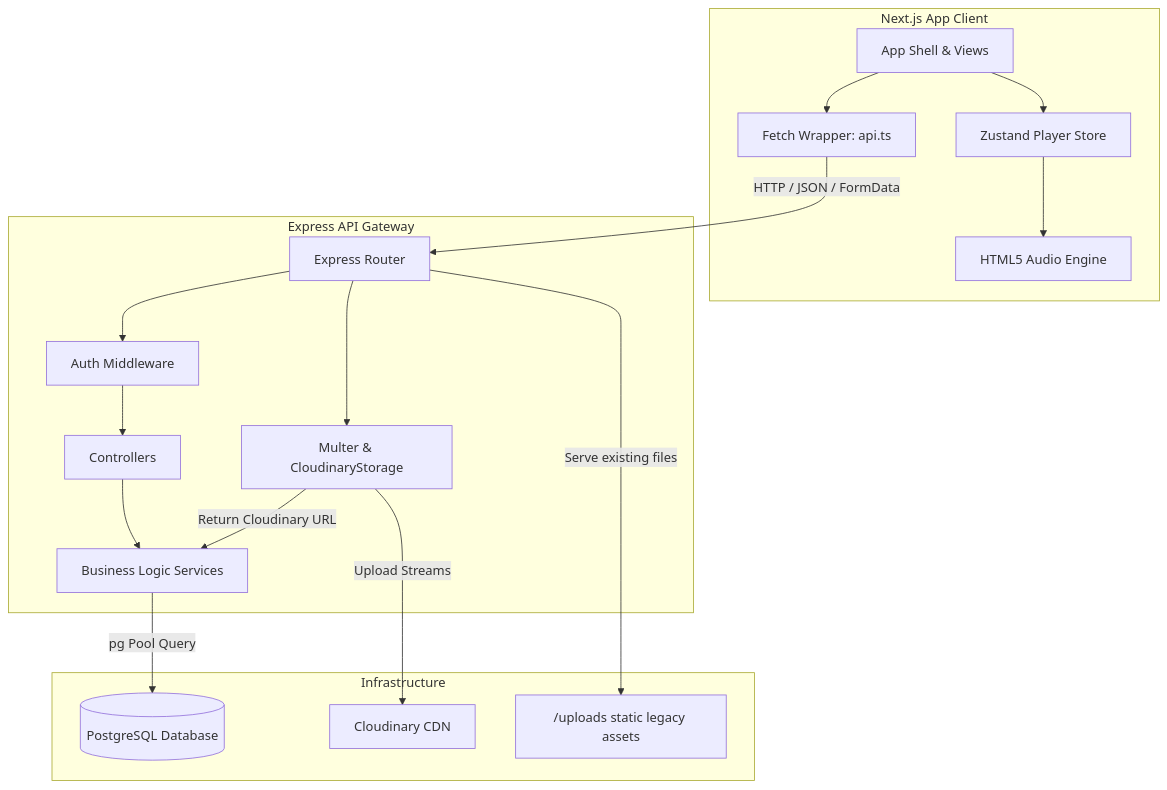
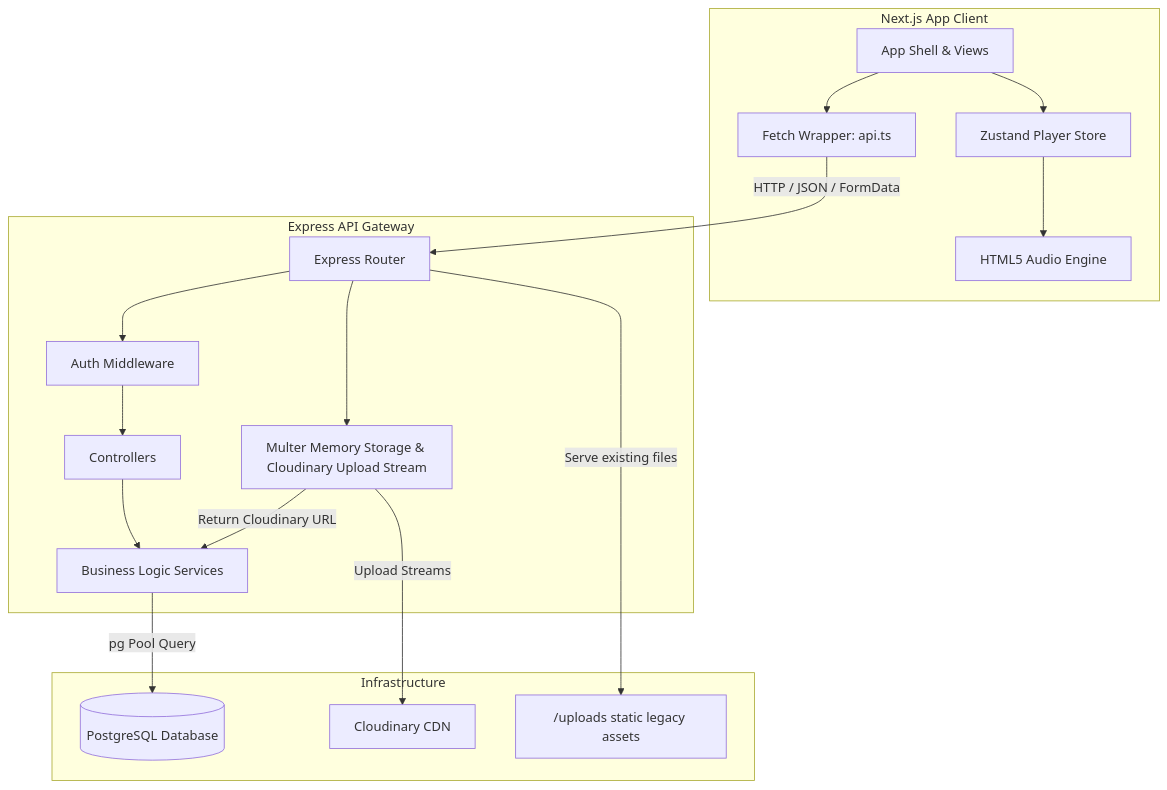
One commit to dothanhtu2003/Music_Streaming changed the first of 2 diagrams in README.md. Above: the diagram before and after it, drawn with Mermaid. The commit also changed other lines of this file, not shown here.

````diff
--- a/README.md
+++ b/README.md
@@ -76,36 +76,36 @@
 ```mermaid
 graph TD
     subgraph Frontend [Next.js App Client]
         UI[App Shell & Views]
         Zustand[Zustand Player Store]
         AudioEngine[HTML5 Audio Engine]
         APIClient[Fetch Wrapper: api.ts]
     end
 
     subgraph Backend [Express API Gateway]
         Express[Express Router]
         AuthMD[Auth Middleware]
-        UploadMD[Multer & CloudinaryStorage]
+        UploadMD[Multer Memory Storage & Cloudinary Upload Stream]
         Controller[Controllers]
         Service[Business Logic Services]
     end
 
     subgraph Database & Media Services [Infrastructure]
         PG[(PostgreSQL Database)]
         Cloudinary[Cloudinary CDN]
         LocalUploads["/uploads static legacy assets"]
     end
 
     UI --> Zustand
     Zustand --> AudioEngine
     UI --> APIClient
     APIClient -->|HTTP / JSON / FormData| Express
     Express --> AuthMD
     Express --> UploadMD
     AuthMD --> Controller
     UploadMD -->|Upload Streams| Cloudinary
     Controller --> Service
     Service -->|pg Pool Query| PG
     UploadMD -->|Return Cloudinary URL| Service
     Express -->|Serve existing files| LocalUploads
 ```
````
